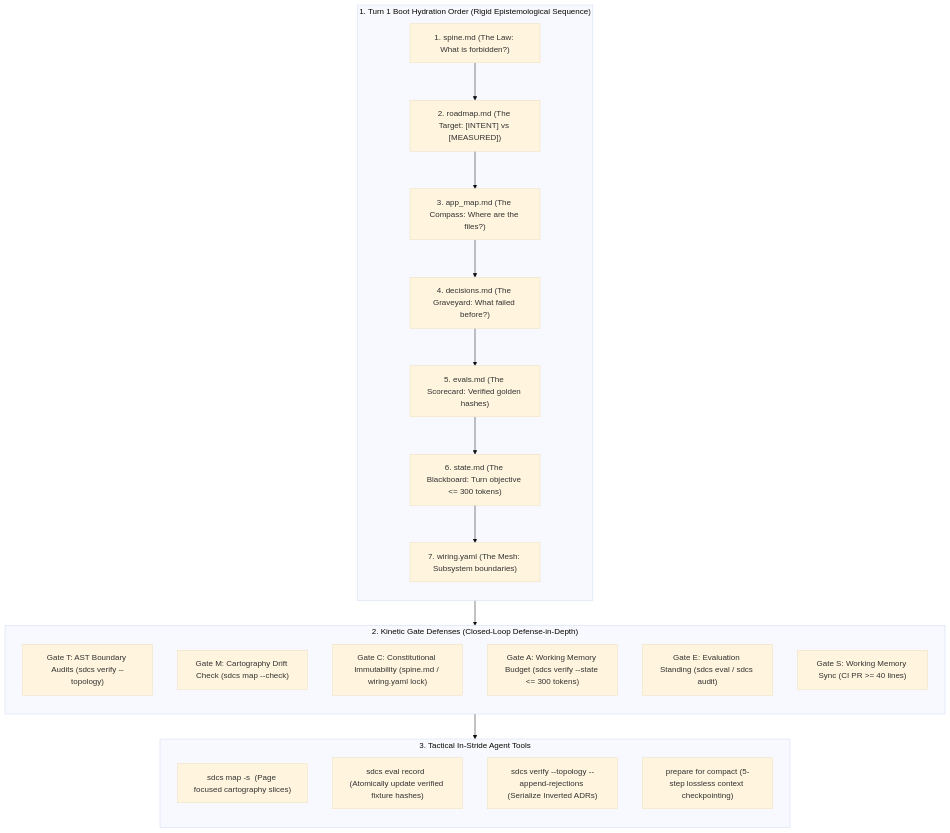
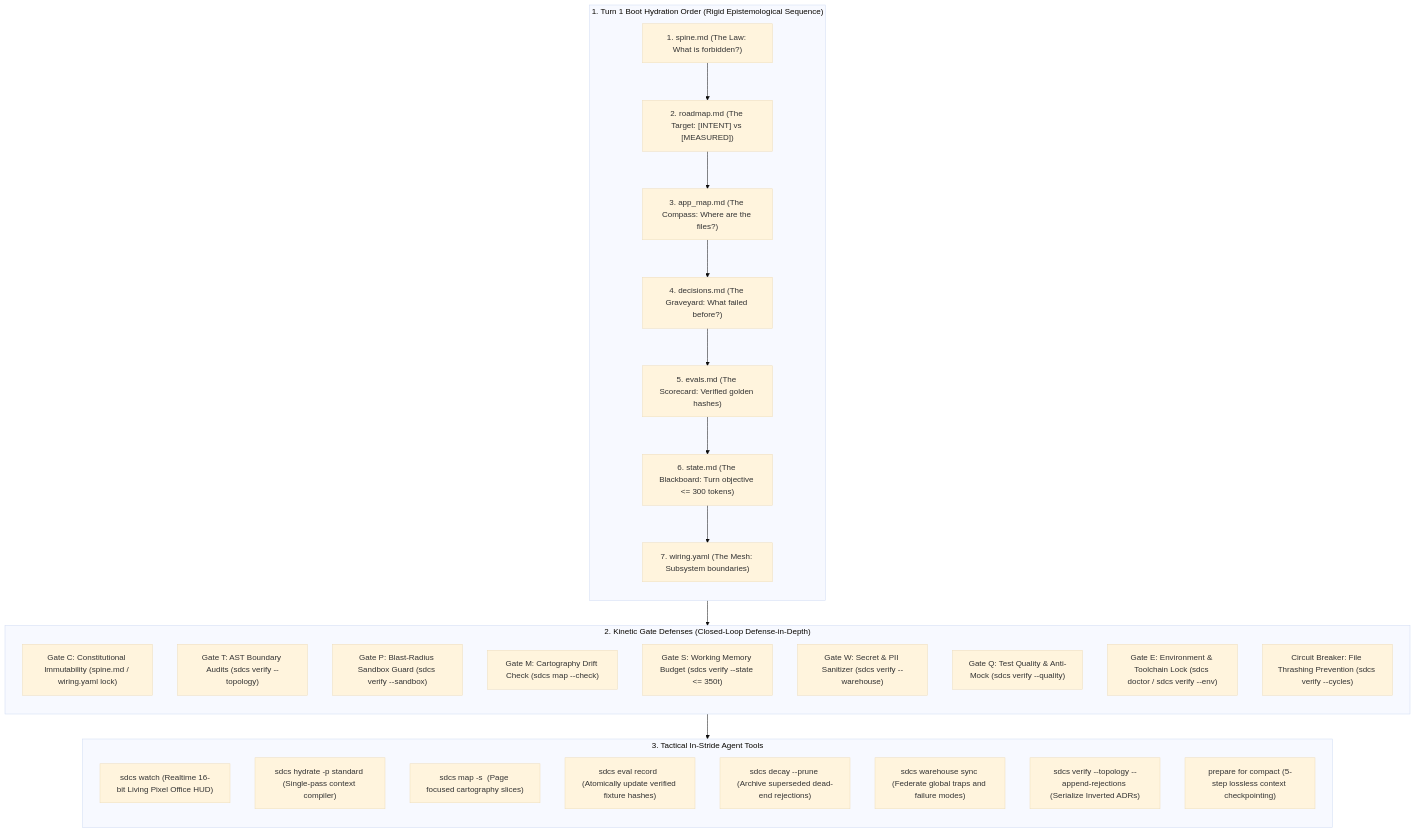
One commit to adamm285-dev/Spec-Driven-Cognitive-Scaffolding-SDCS changed the second of 2 diagrams in README.md. Above: the diagram before and after it, drawn with Mermaid (base theme). The commit also changed other lines of this file and 44 other files, not shown here.

Commit message:
feat(v1.7.0): Autonomous Safety Triad, Living Office HUD, and multi-channel release packaging

````diff
--- a/README.md
+++ b/README.md
@@ -248,33 +289,40 @@
 ```mermaid
 flowchart TD
     subgraph BOOT ["1. Turn 1 Boot Hydration Order (Rigid Epistemological Sequence)"]
         direction TB
         B1["1. spine.md (The Law: What is forbidden?)"] --> B2["2. roadmap.md (The Target: [INTENT] vs [MEASURED])"]
         B2 --> B3["3. app_map.md (The Compass: Where are the files?)"]
         B3 --> B4["4. decisions.md (The Graveyard: What failed before?)"]
         B4 --> B5["5. evals.md (The Scorecard: Verified golden hashes)"]
         B5 --> B6["6. state.md (The Blackboard: Turn objective <= 300 tokens)"]
         B6 --> B7["7. wiring.yaml (The Mesh: Subsystem boundaries)"]
     end
 
     subgraph KINETIC ["2. Kinetic Gate Defenses (Closed-Loop Defense-in-Depth)"]
         direction TB
+        GC["Gate C: Constitutional Immutability (spine.md / wiring.yaml lock)"]
         GT["Gate T: AST Boundary Audits (sdcs verify --topology)"]
+        GP["Gate P: Blast-Radius Sandbox Guard (sdcs verify --sandbox)"]
         GM["Gate M: Cartography Drift Check (sdcs map --check)"]
-        GC["Gate C: Constitutional Immutability (spine.md / wiring.yaml lock)"]
-        GA["Gate A: Working Memory Budget (sdcs verify --state <= 300 tokens)"]
-        GE["Gate E: Evaluation Standing (sdcs eval / sdcs audit)"]
-        GS["Gate S: Working Memory Sync (CI PR >= 40 lines)"]
+        GS["Gate S: Working Memory Budget (sdcs verify --state <= 350t)"]
+        GW["Gate W: Secret & PII Sanitizer (sdcs verify --warehouse)"]
+        GQ["Gate Q: Test Quality & Anti-Mock (sdcs verify --quality)"]
+        GE["Gate E: Environment & Toolchain Lock (sdcs doctor / sdcs verify --env)"]
+        CB["Circuit Breaker: File Thrashing Prevention (sdcs verify --cycles)"]
     end
 
     subgraph TACTICAL ["3. Tactical In-Stride Agent Tools"]
         direction TB
+        WATCH["sdcs watch (Realtime 16-bit Living Pixel Office HUD)"]
+        HYDRATE["sdcs hydrate -p standard (Single-pass context compiler)"]
         MAP["sdcs map -s <subsystem> (Page focused cartography slices)"]
         EVAL["sdcs eval record <ID> (Atomically update verified fixture hashes)"]
+        DECAY["sdcs decay --prune (Archive superseded dead-end rejections)"]
+        WH["sdcs warehouse sync (Federate global traps and failure modes)"]
         REJ["sdcs verify --topology --append-rejections (Serialize Inverted ADRs)"]
         COMPACT["prepare for compact (5-step lossless context checkpointing)"]
     end
 
     BOOT --> KINETIC
     KINETIC --> TACTICAL
 ```
````
